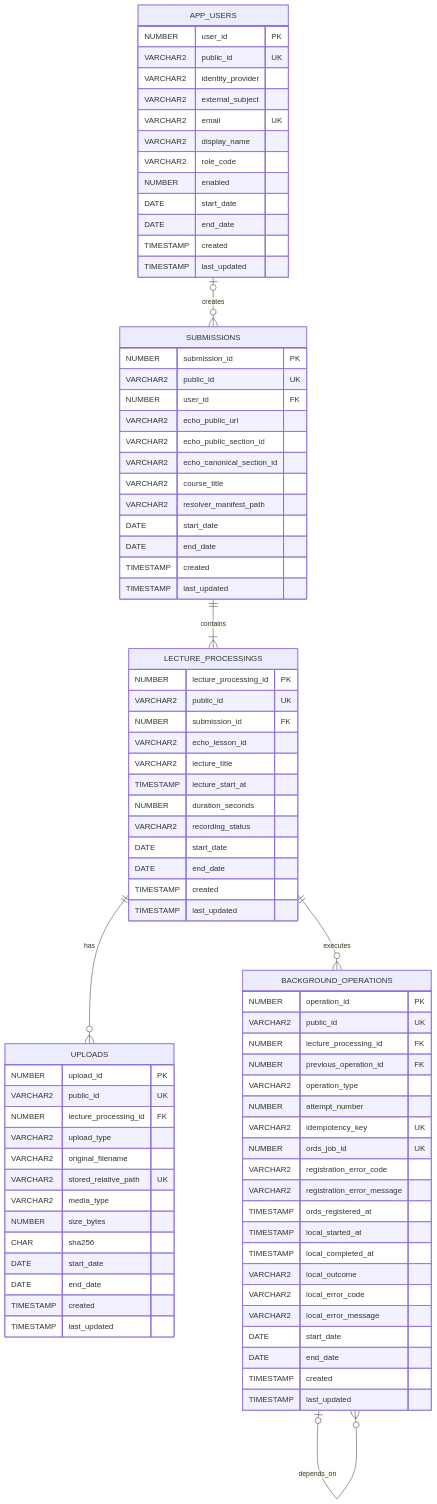
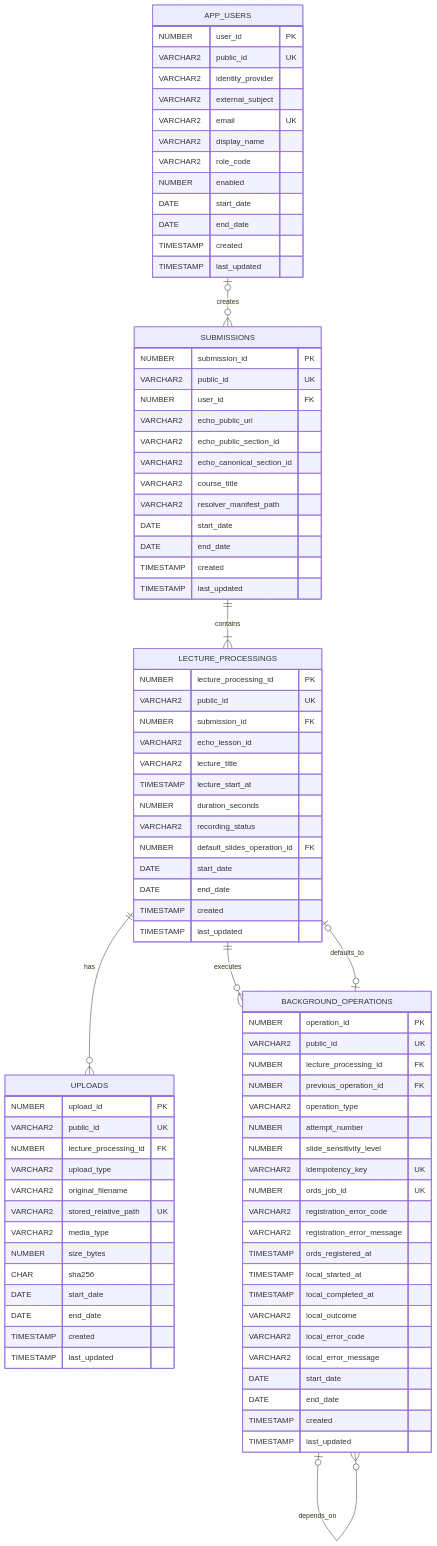
One commit to alarj/ttu_loeng changed the diagram in db/erd.md. Above: the diagram before and after it, drawn with Mermaid. The commit also changed other lines of this file and 19 other files, not shown here.

```diff
--- a/db/erd.md
+++ b/db/erd.md
@@ -43,6 +43,7 @@
     SUBMISSIONS ||--|{ LECTURE_PROCESSINGS : contains
     LECTURE_PROCESSINGS ||--o{ UPLOADS : has
     LECTURE_PROCESSINGS ||--o{ BACKGROUND_OPERATIONS : executes
+    LECTURE_PROCESSINGS o|--o| BACKGROUND_OPERATIONS : defaults_to
     BACKGROUND_OPERATIONS o|--o{ BACKGROUND_OPERATIONS : depends_on
 
     APP_USERS {
@@ -84,6 +85,7 @@
         TIMESTAMP lecture_start_at
         NUMBER duration_seconds
         VARCHAR2 recording_status
+        NUMBER default_slides_operation_id FK
         DATE start_date
         DATE end_date
         TIMESTAMP created
@@ -113,6 +115,7 @@
         NUMBER previous_operation_id FK
         VARCHAR2 operation_type
         NUMBER attempt_number
+        NUMBER slide_sensitivity_level
         VARCHAR2 idempotency_key UK
         NUMBER ords_job_id UK
         VARCHAR2 registration_error_code
```
